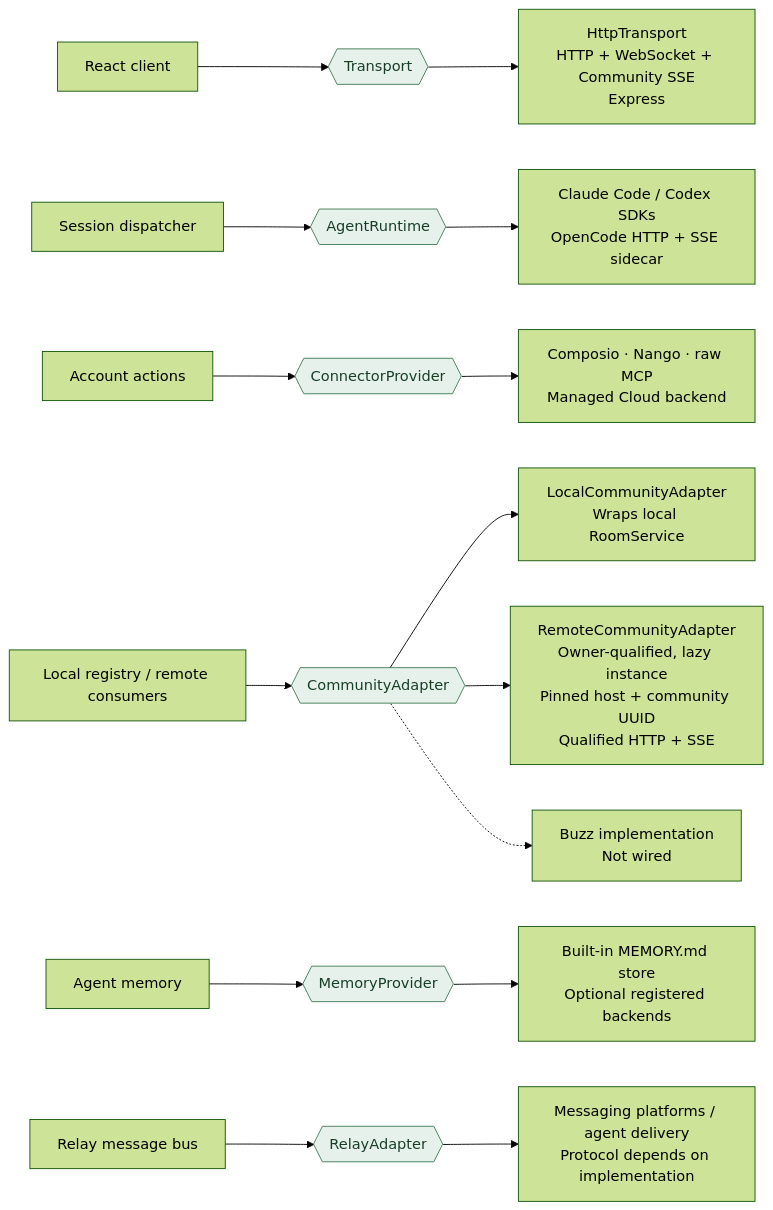
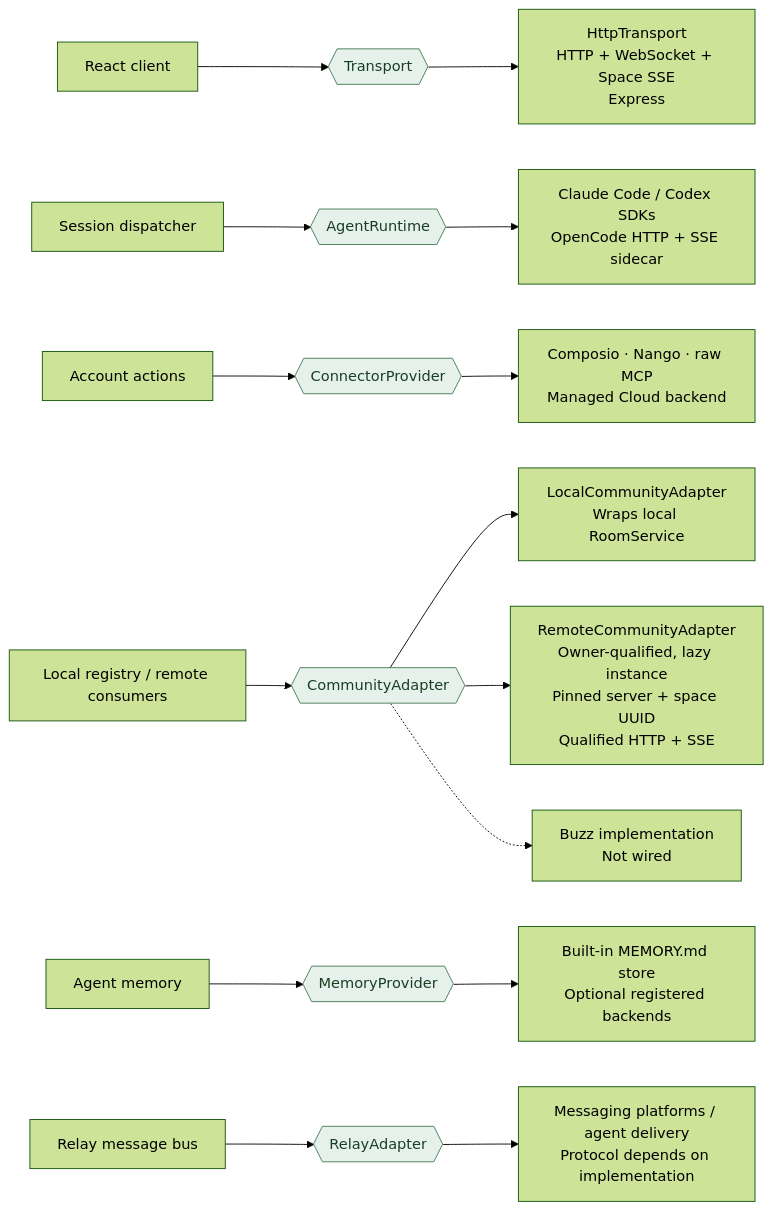
Before and after one commit to dork-labs/dorkos: the diagram in contributing/diagrams/architecture/ports.mmd, drawn with Mermaid (forest theme). The commit also changed 167 other files, not shown here.

First line of the commit message:
feat(community): say space on the space website and in the launcher output (DOR-2653)

```diff
--- a/contributing/diagrams/architecture/ports.mmd
+++ b/contributing/diagrams/architecture/ports.mmd
@@ -1,19 +1,19 @@
 flowchart LR
   accTitle: DorkOS replaceable interfaces
-  accDescr: Each row names a caller, its port, and implementations. A port is a code boundary, not necessarily a network boundary. The dashed Community edge is the unwired Buzz implementation.
+  accDescr: Each row names a caller, its port, and implementations. A port is a code boundary, not necessarily a network boundary. The dashed CommunityAdapter edge is the unwired Buzz implementation.
   ui["React client"] --> transport{{"Transport"}}
-  transport --> http["HttpTransport<br/>HTTP + WebSocket + Community SSE<br/>Express"]
+  transport --> http["HttpTransport<br/>HTTP + WebSocket + Space SSE<br/>Express"]
   dispatch["Session dispatcher"] --> agent{{"AgentRuntime"}}
   agent --> runtimes["Claude Code / Codex SDKs<br/>OpenCode HTTP + SSE sidecar"]
   accounts["Account actions"] --> connector{{"ConnectorProvider"}}
   connector --> backends["Composio · Nango · raw MCP<br/>Managed Cloud backend"]
   rooms["Local registry / remote consumers"] --> community{{"CommunityAdapter"}}
   community --> local["LocalCommunityAdapter<br/>Wraps local RoomService"]
-  community --> remote["RemoteCommunityAdapter<br/>Owner-qualified, lazy instance<br/>Pinned host + community UUID<br/>Qualified HTTP + SSE"]
+  community --> remote["RemoteCommunityAdapter<br/>Owner-qualified, lazy instance<br/>Pinned server + space UUID<br/>Qualified HTTP + SSE"]
   community -.-> buzz["Buzz implementation<br/>Not wired"]
   notes["Agent memory"] --> memory{{"MemoryProvider"}}
   memory --> files["Built-in MEMORY.md store<br/>Optional registered backends"]
   relay["Relay message bus"] --> messaging{{"RelayAdapter"}}
   messaging --> channels["Messaging platforms / agent delivery<br/>Protocol depends on implementation"]
   classDef port fill:#e7f1eb,stroke:#427a55,color:#183f26
   class transport,agent,connector,community,memory,messaging port
```
